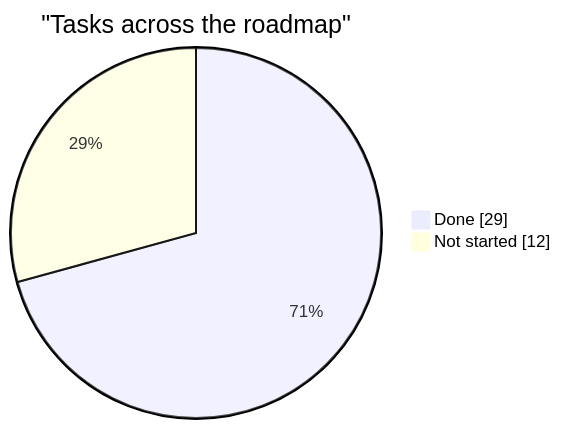
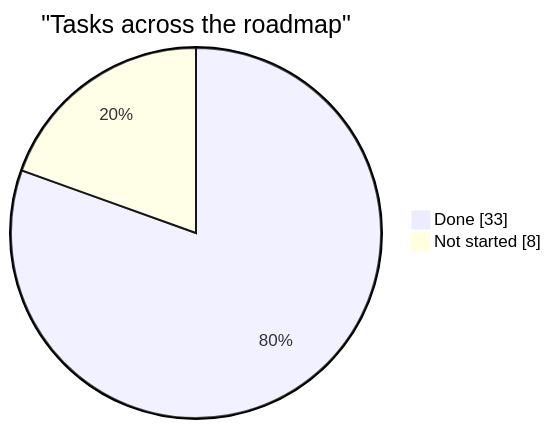
Before and after one commit to AdamClemens/PyFlow: the diagram in docs/planning/status.md, drawn with Mermaid. The commit also changed other lines of this file and 1 other file, not shown here.

````diff
--- a/docs/planning/status.md
+++ b/docs/planning/status.md
@@ -21,6 +21,6 @@
 ```mermaid
 pie showData
     title "Tasks across the roadmap"
-    "Done" : 29
-    "Not started" : 12
+    "Done" : 33
+    "Not started" : 8
 ```
````
